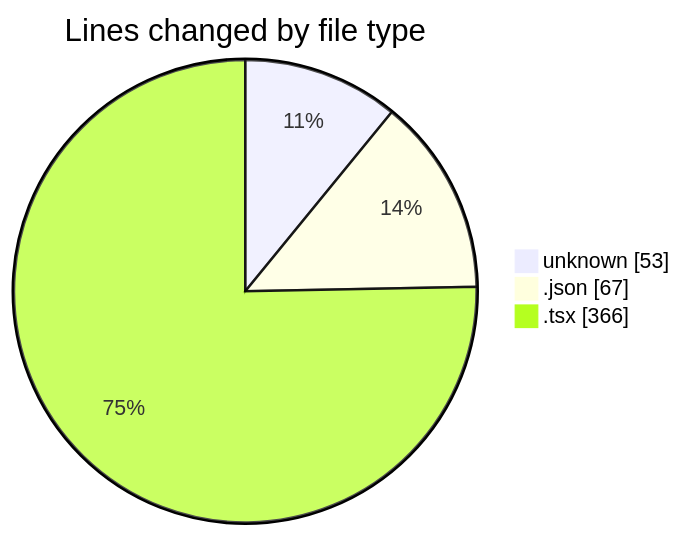
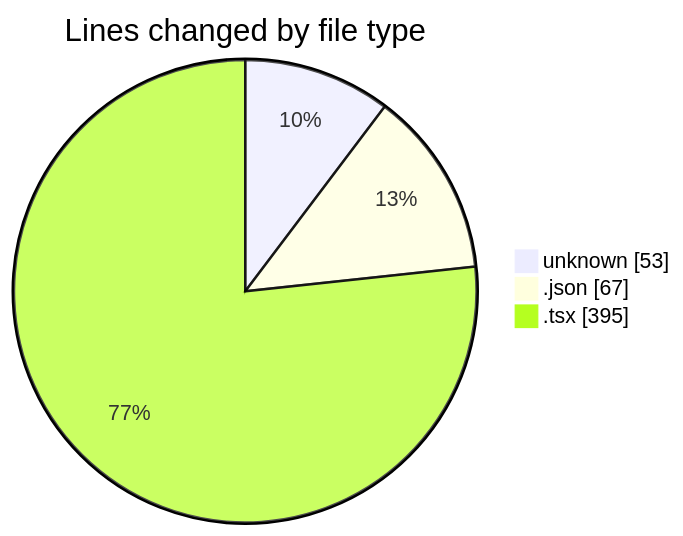
The first of 2 diagrams in 2026-01-19/cda/README.md (momahboobian/code-tracking), drawn with Mermaid before and after one commit. The commit also changed other lines of this file and 1 other file, not shown here.

````diff
--- a/2026-01-19/cda/README.md
+++ b/2026-01-19/cda/README.md
@@ -22,7 +22,7 @@
 ```mermaid
 pie showData
 title Lines changed by file type
 "unknown" : 53
 ".json" : 67
-".tsx" : 366
+".tsx" : 395
 ```
````
